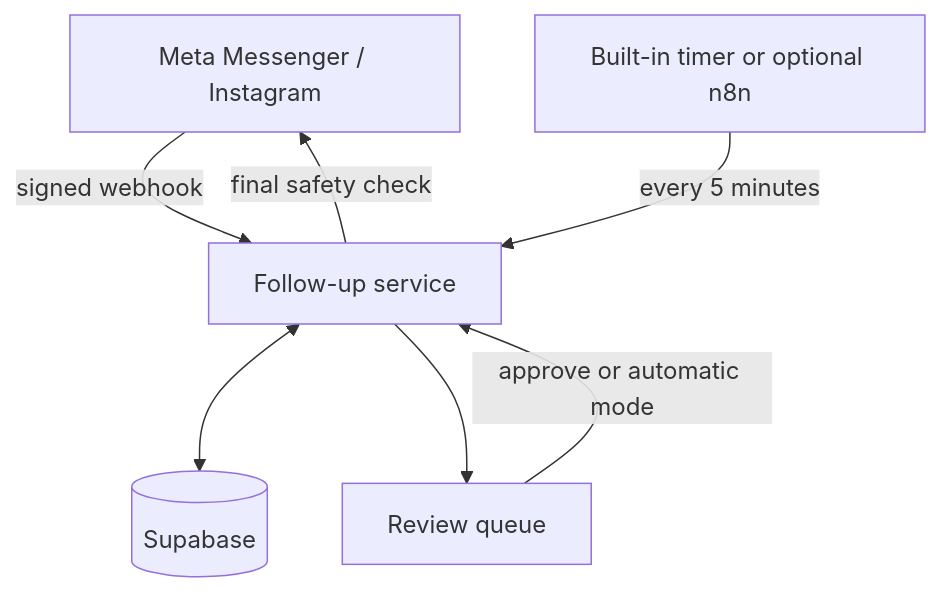
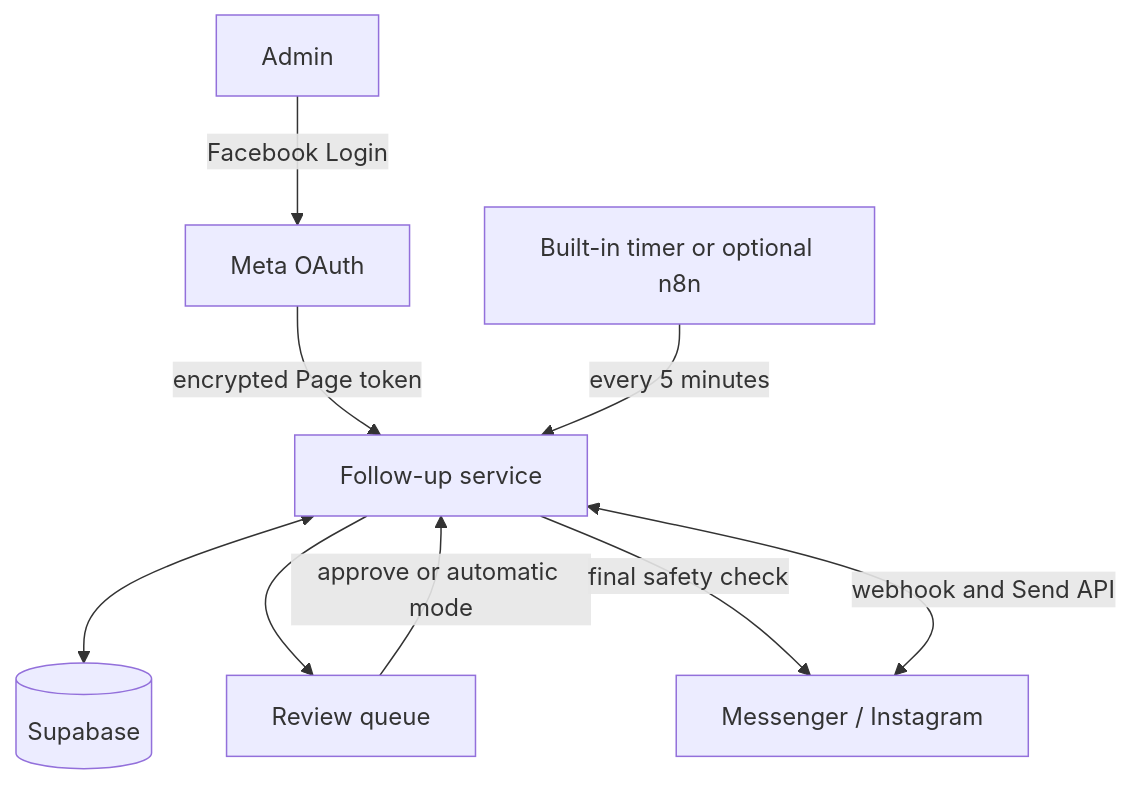
The diagram in README.md (a7med3lwa/maidthis-meta-followups), drawn with Mermaid before and after one commit. The commit also changed other lines of this file and 38 other files, not shown here.

````diff
--- a/README.md
+++ b/README.md
@@ -24,9 +28,11 @@
 ```mermaid
 flowchart TD
-  M[Meta Messenger / Instagram] -->|signed webhook| A[Follow-up service]
+  U[Admin] -->|Facebook Login| O[Meta OAuth]
+  O -->|encrypted Page token| A[Follow-up service]
+  M[Messenger / Instagram] <-->|webhook and Send API| A
   A <--> S[(Supabase)]
   N[Built-in timer or optional n8n] -->|every 5 minutes| A
   A --> Q[Review queue]
   Q -->|approve or automatic mode| A
   A -->|final safety check| M
 ```
````
